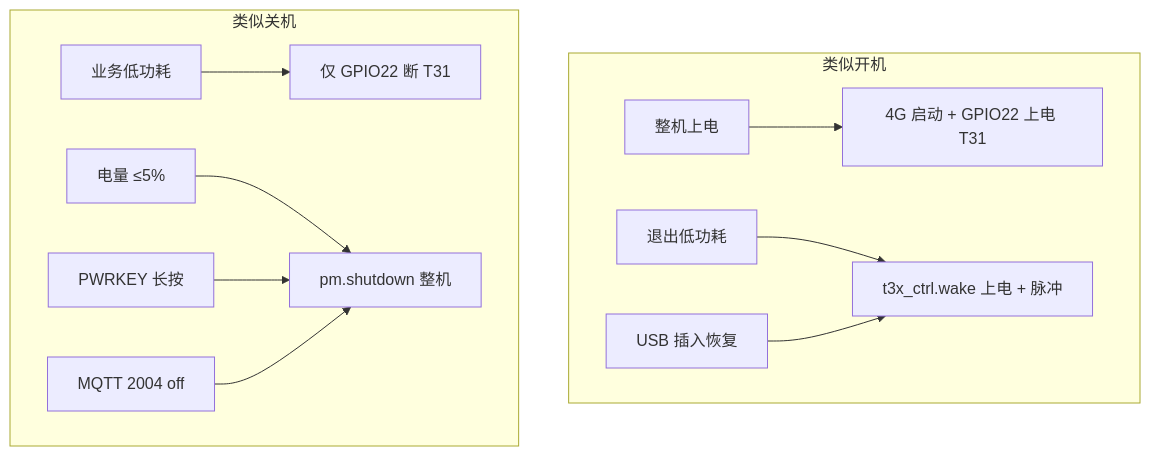
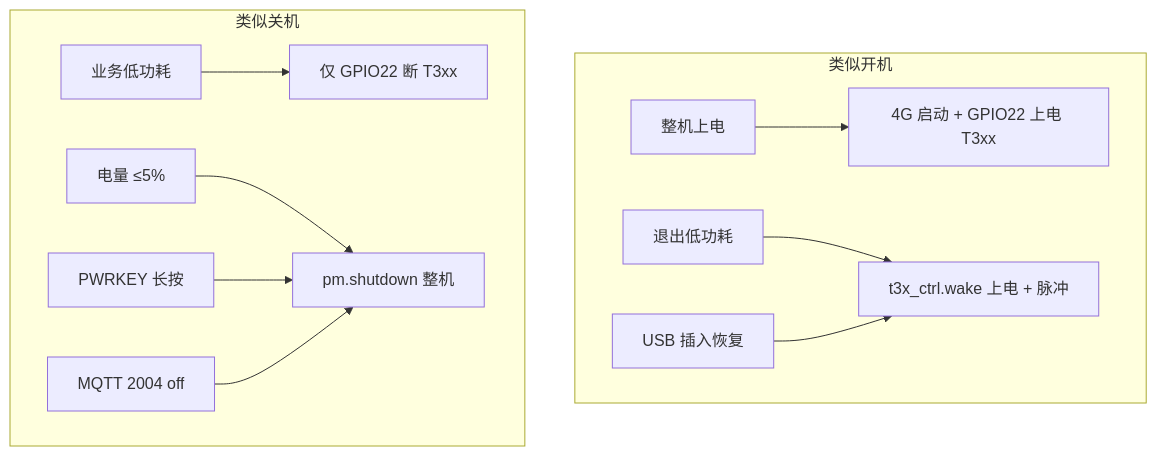
Before and after one commit to dzr1986/AIR780EHM: the first of 5 diagrams in doc/BOOT_SHUTDOWN_SOUND.md, drawn with Mermaid. The commit also changed other lines of this file and 107 other files, not shown here.

````diff
--- a/doc/BOOT_SHUTDOWN_SOUND.md
+++ b/doc/BOOT_SHUTDOWN_SOUND.md
@@ -40,14 +40,14 @@
 ```mermaid
 flowchart TB
     subgraph on["类似开机"]
-        A[整机上电] --> B[4G 启动 + GPIO22 上电 T31]
+        A[整机上电] --> B[4G 启动 + GPIO22 上电 T3xx]
         C[退出低功耗] --> D[t3x_ctrl.wake 上电 + 脉冲]
         E[USB 插入恢复] --> D
     end
     subgraph off["类似关机"]
-        F[业务低功耗] --> G[仅 GPIO22 断 T31]
+        F[业务低功耗] --> G[仅 GPIO22 断 T3xx]
         H[电量 ≤5%] --> I[pm.shutdown 整机]
         J[PWRKEY 长按] --> I
         K[MQTT 2004 off] --> I
     end
 ```
````
